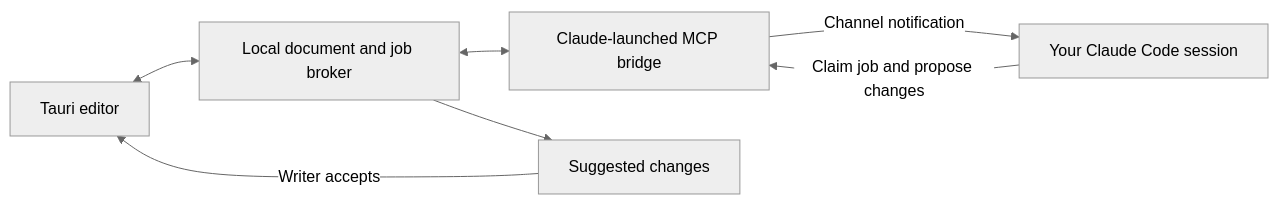
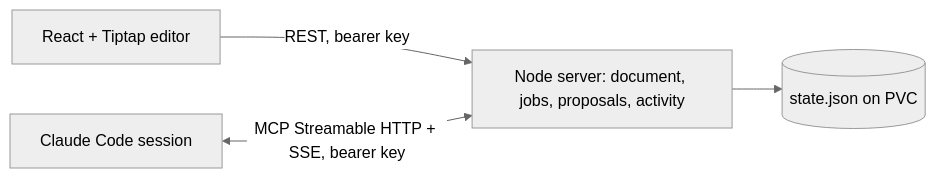
One commit to andyjmorgan/notebook-duplex changed the diagram in README.md. Above: the diagram before and after it, drawn with Mermaid (neutral theme). The commit also changed other lines of this file and 52 other files, not shown here.

````diff
--- a/README.md
+++ b/README.md
@@ -101,9 +49,6 @@
 ```mermaid
 flowchart LR
-    Editor[Tauri editor] <--> Broker[Local document and job broker]
-    Broker <--> Bridge[Claude-launched MCP bridge]
-    Bridge -->|Channel notification| Claude[Your Claude Code session]
-    Claude -->|Claim job and propose changes| Bridge
-    Broker --> Review[Suggested changes]
-    Review -->|Writer accepts| Editor
+    Browser[React + Tiptap editor] -->|REST, bearer key| Server
+    Claude[Claude Code session] <-->|MCP Streamable HTTP + SSE, bearer key| Server
+    Server[Node server: document, jobs, proposals, activity] --> Disk[(state.json on PVC)]
 ```
````
